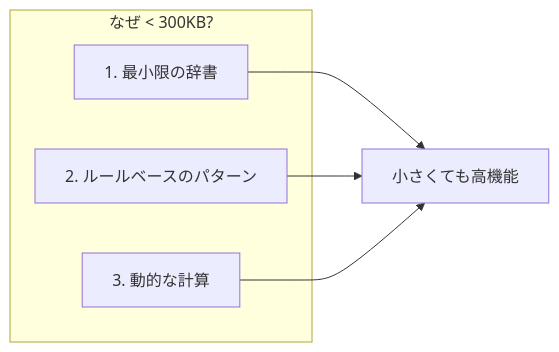
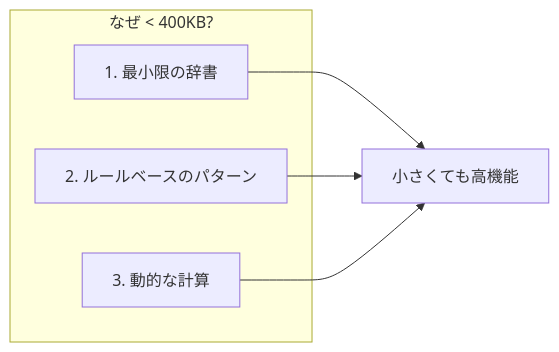
The first of 4 diagrams in src/ja/docs/how-it-works.md (libraz/suzume-homepage), drawn with Mermaid before and after one commit. The commit also changed other lines of this file and 18 other files, not shown here.

````diff
--- a/src/ja/docs/how-it-works.md
+++ b/src/ja/docs/how-it-works.md
@@ -21,12 +21,12 @@
 ```mermaid
 flowchart LR
-    subgraph Size["なぜ < 300KB?"]
+    subgraph Size["なぜ < 400KB?"]
         A["1. 最小限の辞書"]
         B["2. ルールベースのパターン"]
         C["3. 動的な計算"]
     end
 
     A --> Result["小さくても高機能"]
     B --> Result
     C --> Result
 ```
````
